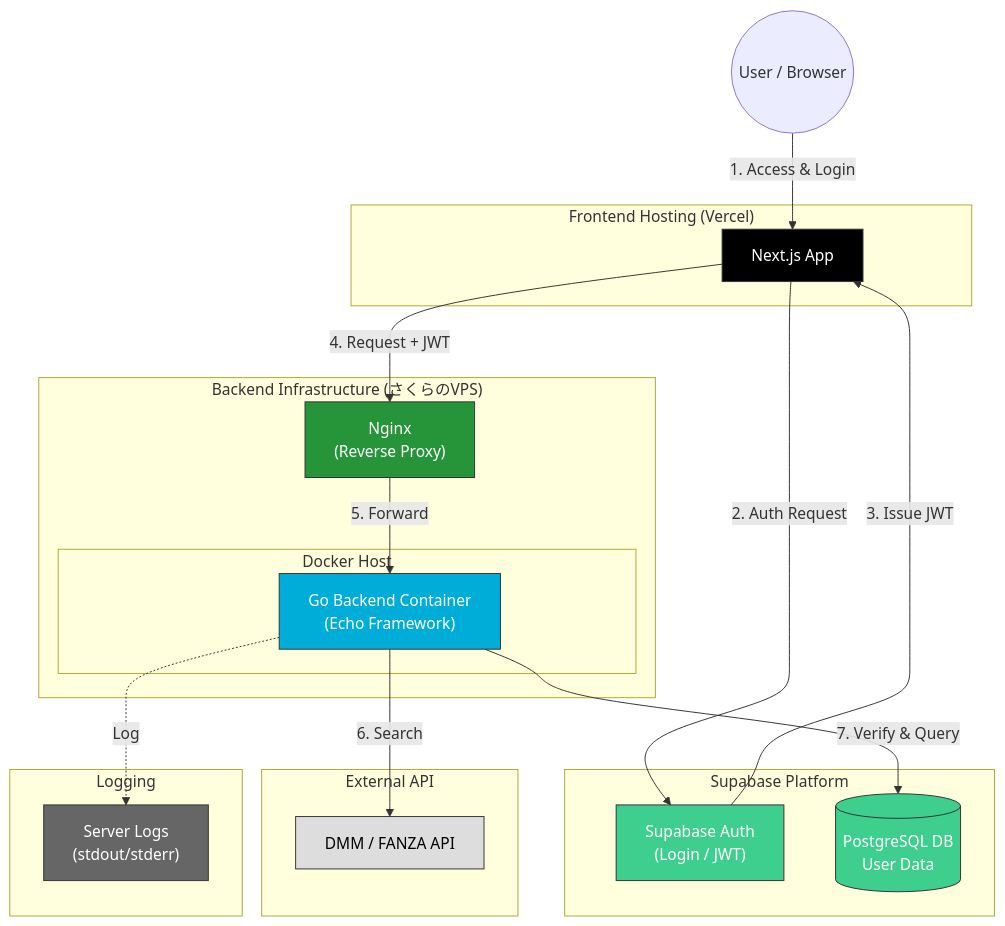
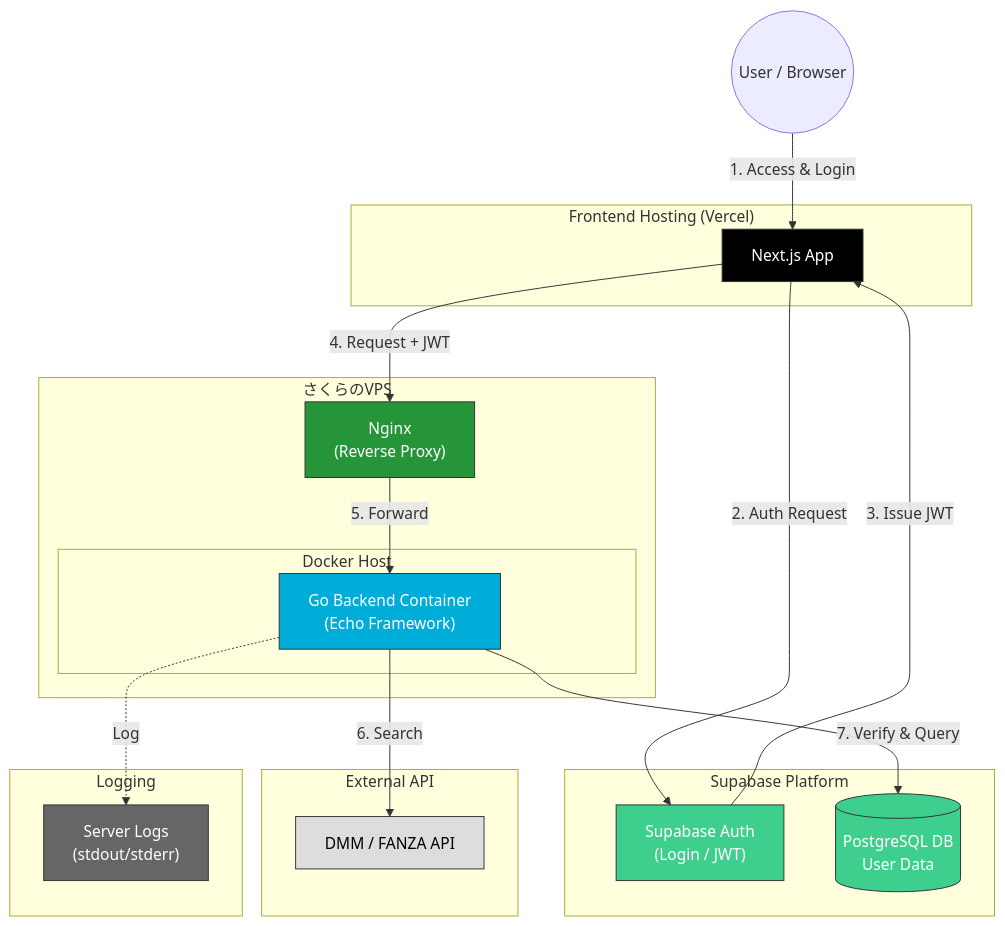
One commit to akito-0520/MuseLog changed the first of 2 diagrams in README.md. Above: the diagram before and after it, drawn with Mermaid.

````diff
--- a/README.md
+++ b/README.md
@@ -21,59 +21,59 @@
 ```mermaid
 graph TD
     %% ユーザー層
     User((User / Browser))
 
     %% フロントエンド (Vercel)
     subgraph "Frontend Hosting (Vercel)"
         Next["Next.js App"]
         style Next fill:#000000,stroke:#333,color:white
     end
 
     %% バックエンド (VPS/EC2)
-    subgraph "Backend Infrastructure (さくらのVPS)"
+    subgraph "さくらのVPS"
         subgraph "Docker Host"
             GoApp["Go Backend Container<br/>(Echo Framework)"]
             style GoApp fill:#00ADD8,stroke:#333,color:white
         end
         
         Nginx["Nginx<br/>(Reverse Proxy)"]
         style Nginx fill:#269539,stroke:#333,color:white
     end
 
     %% 外部SaaS (Supabase)
     subgraph "Supabase Platform"
         SupaAuth["Supabase Auth<br/>(Login / JWT)"]
         SupaDB[("PostgreSQL DB<br/>User Data")]
         style SupaAuth fill:#3ECF8E,stroke:#333,color:white
         style SupaDB fill:#3ECF8E,stroke:#333,color:white
     end
 
     %% 外部データソース
     subgraph "External API"
         DMM["DMM / FANZA API"]
         style DMM fill:#DDD,stroke:#333,color:black
     end
 
     %% --- データフロー ---
     
     %% 1. 画面表示
     User -->|"1. Access & Login"| Next
     Next -->|"2. Auth Request"| SupaAuth
     SupaAuth -->|"3. Issue JWT"| Next
     
     %% 2. APIリクエスト
     Next -->|"4. Request + JWT"| Nginx
     Nginx -->|"5. Forward"| GoApp
     
     %% 3. 処理実行
     GoApp -.->|Log| LocalLogs
     
     %% 4. 外部連携
     GoApp -->|"6. Search"| DMM
     GoApp -->|"7. Verify & Query"| SupaDB
 
     subgraph "Logging"
         LocalLogs["Server Logs<br/>(stdout/stderr)"]
         style LocalLogs fill:#666,stroke:#333,color:white
     end
 ```
````
